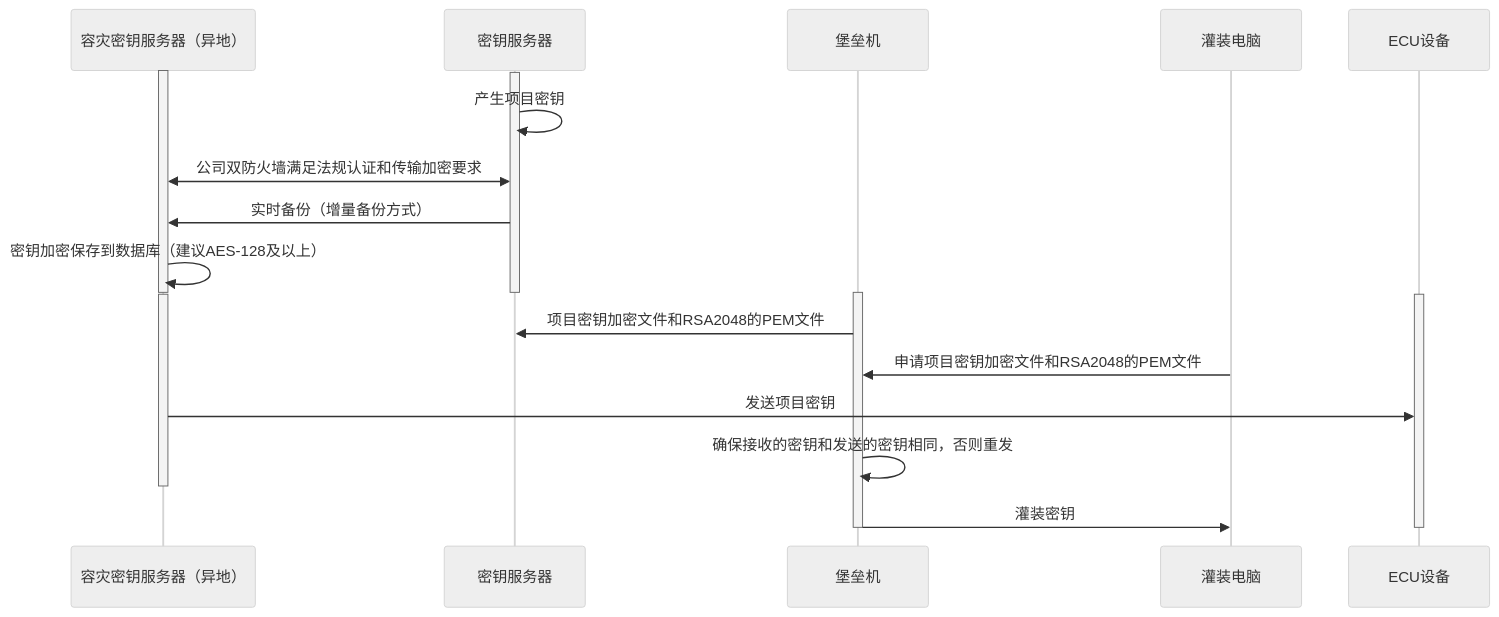
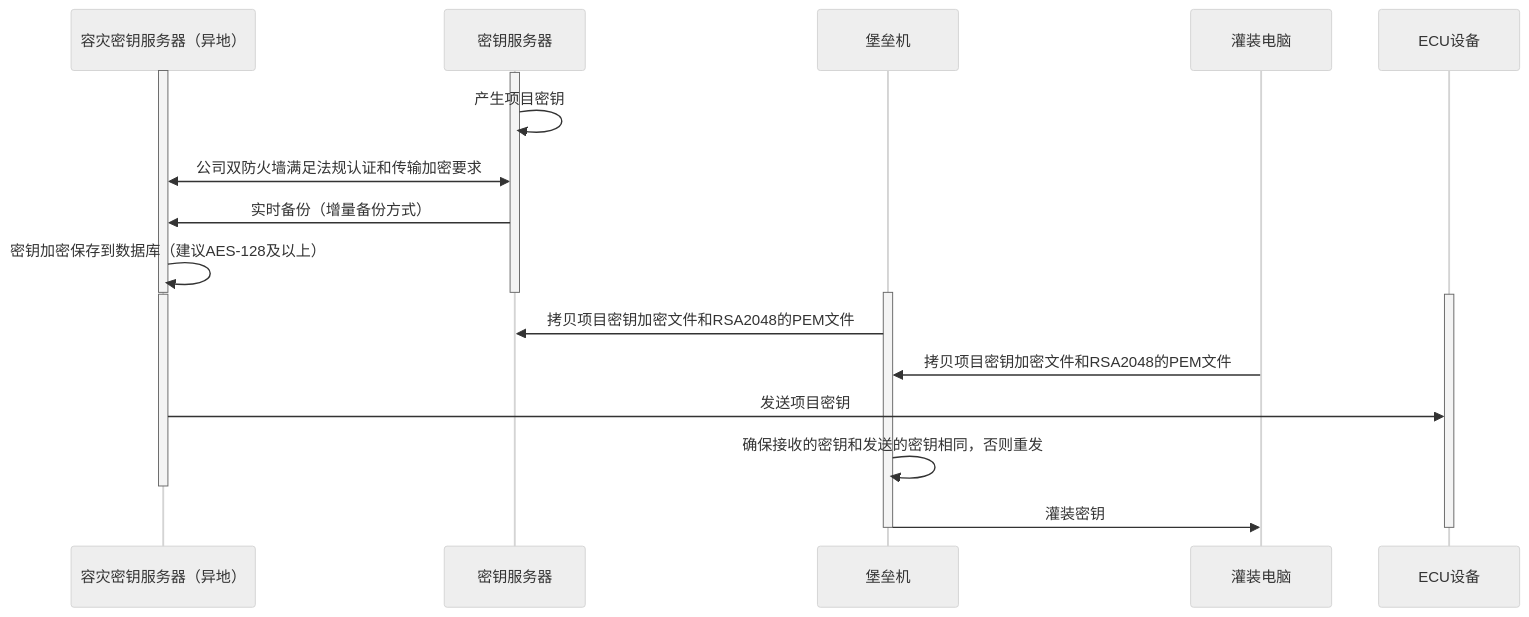
One commit to facebook-cloud/iodraw-files changed the diagram in all/未命名-15.md. Above: the diagram before and after it, drawn with Mermaid (neutral theme).

Commit message:
2026-02-07 10:11:35 update

````diff
--- a/all/未命名-15.md
+++ b/all/未命名-15.md
@@ -1,32 +1,32 @@
 ```mermaid
 sequenceDiagram
     participant A as 容灾密钥服务器（异地）
     participant B as 密钥服务器
     participant C as 堡垒机
     participant D as 灌装电脑
     participant E as ECU设备
 
     activate A
     activate B
     B->>B: 产生项目密钥
     A<<->>B: 公司双防火墙满足法规认证和传输加密要求
     B->>A: 实时备份（增量备份方式）
     A->>A: 密钥加密保存到数据库（建议AES-128及以上）
     deactivate B
     deactivate A
 
     activate C
     activate A
     activate E
 
-    C->>B: 项目密钥加密文件和RSA2048的PEM文件
-    D->>C: 申请项目密钥加密文件和RSA2048的PEM文件
+    C->>B: 拷贝项目密钥加密文件和RSA2048的PEM文件
+    D->>C: 拷贝项目密钥加密文件和RSA2048的PEM文件
     A->>E: 发送项目密钥
 
     C->>C: 确保接收的密钥和发送的密钥相同，否则重发
     deactivate A
     C->>D: 灌装密钥
     deactivate C
     deactivate E
 
 ```
````
